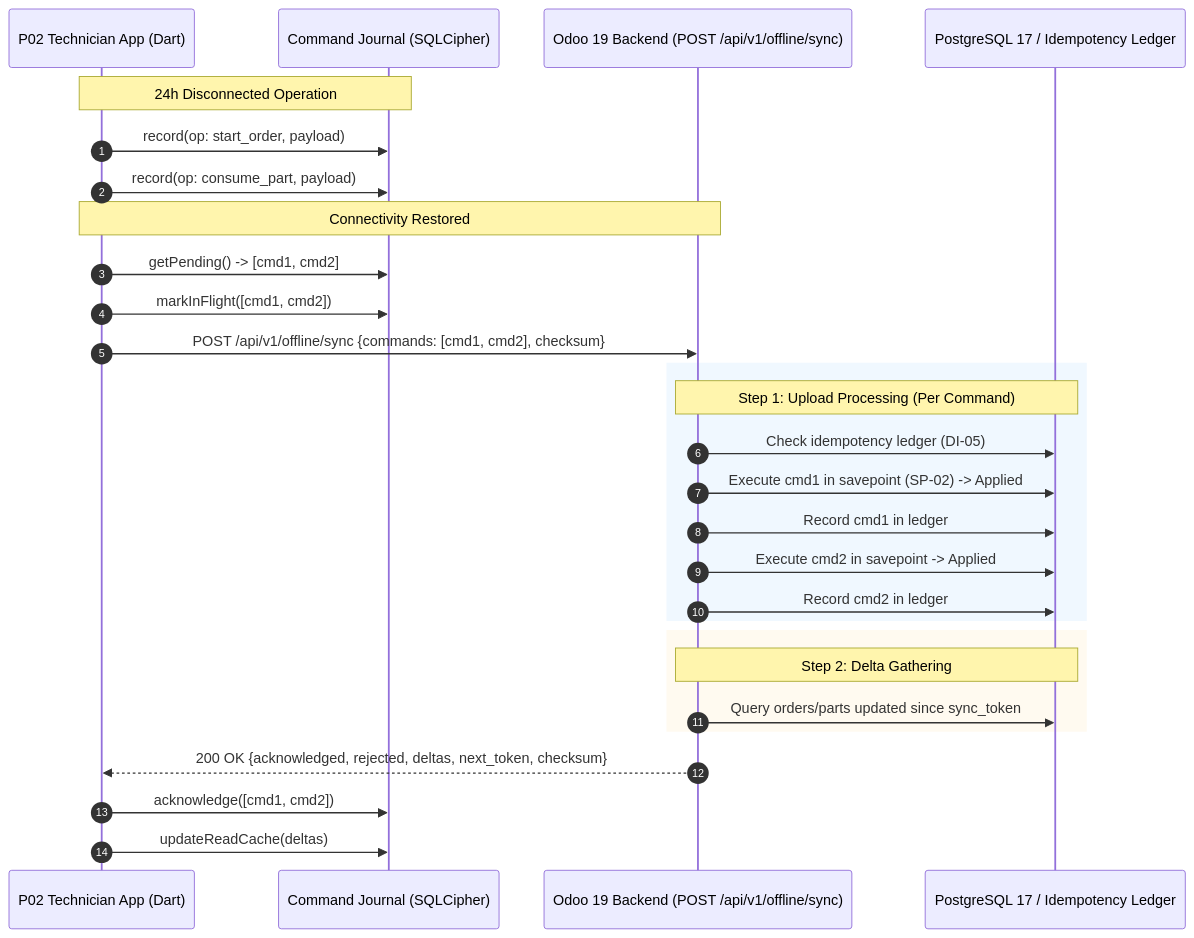
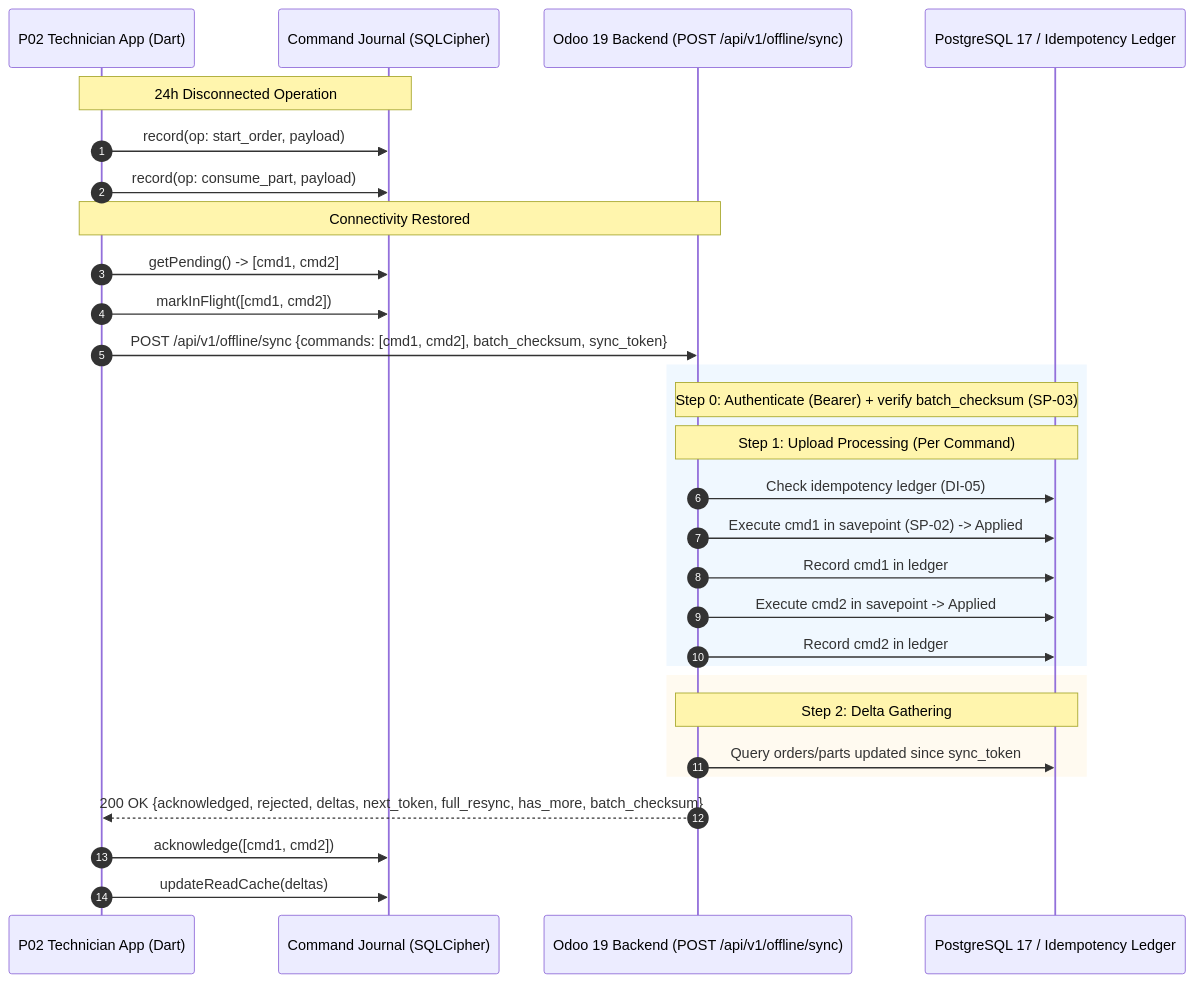
The diagram in 1000_fix_codebase/docs/guides/offline-sync-protocol.md (maz279/1000fix_new_erp_system), drawn with Mermaid before and after one commit. The commit also changed other lines of this file and 2285 other files, not shown here.

````diff
--- a/1000_fix_codebase/docs/guides/offline-sync-protocol.md
+++ b/1000_fix_codebase/docs/guides/offline-sync-protocol.md
@@ -36,35 +36,36 @@
 ```mermaid
 sequenceDiagram
     autonumber
     participant App as P02 Technician App (Dart)
     participant J as Command Journal (SQLCipher)
     participant Srv as Odoo 19 Backend (POST /api/v1/offline/sync)
     participant DB as PostgreSQL 17 / Idempotency Ledger
 
     Note over App,J: 24h Disconnected Operation
     App->>J: record(op: start_order, payload)
     App->>J: record(op: consume_part, payload)
 
     Note over App,Srv: Connectivity Restored
     App->>J: getPending() -> [cmd1, cmd2]
     App->>J: markInFlight([cmd1, cmd2])
-    App->>Srv: POST /api/v1/offline/sync {commands: [cmd1, cmd2], checksum}
+    App->>Srv: POST /api/v1/offline/sync {commands: [cmd1, cmd2], batch_checksum, sync_token}
     
     rect rgb(240, 248, 255)
+    Note over Srv,DB: Step 0: Authenticate (Bearer) + verify batch_checksum (SP-03)
     Note over Srv,DB: Step 1: Upload Processing (Per Command)
     Srv->>DB: Check idempotency ledger (DI-05)
     Srv->>DB: Execute cmd1 in savepoint (SP-02) -> Applied
     Srv->>DB: Record cmd1 in ledger
     Srv->>DB: Execute cmd2 in savepoint -> Applied
     Srv->>DB: Record cmd2 in ledger
     end
 
     rect rgb(255, 250, 240)
     Note over Srv,DB: Step 2: Delta Gathering
     Srv->>DB: Query orders/parts updated since sync_token
     end
 
-    Srv-->>App: 200 OK {acknowledged, rejected, deltas, next_token, checksum}
+    Srv-->>App: 200 OK {acknowledged, rejected, deltas, next_token, full_resync, has_more, batch_checksum}
     App->>J: acknowledge([cmd1, cmd2])
     App->>J: updateReadCache(deltas)
 ```
````
